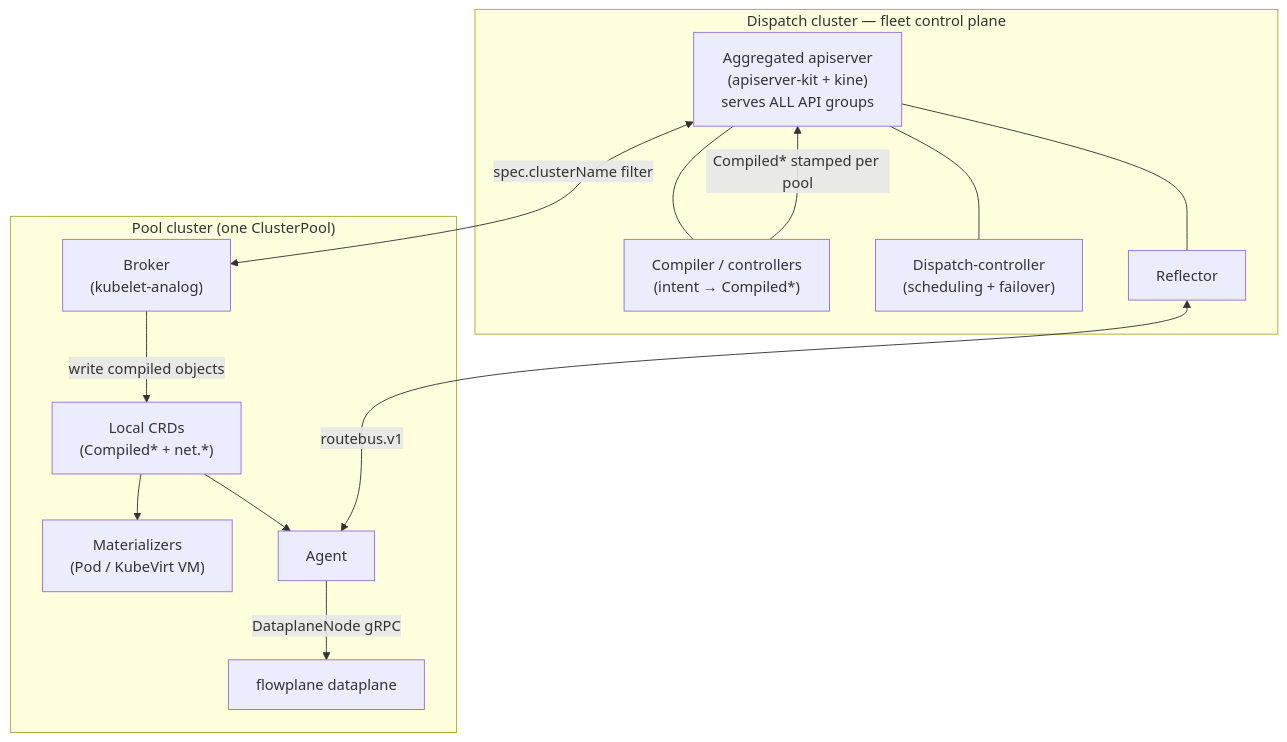
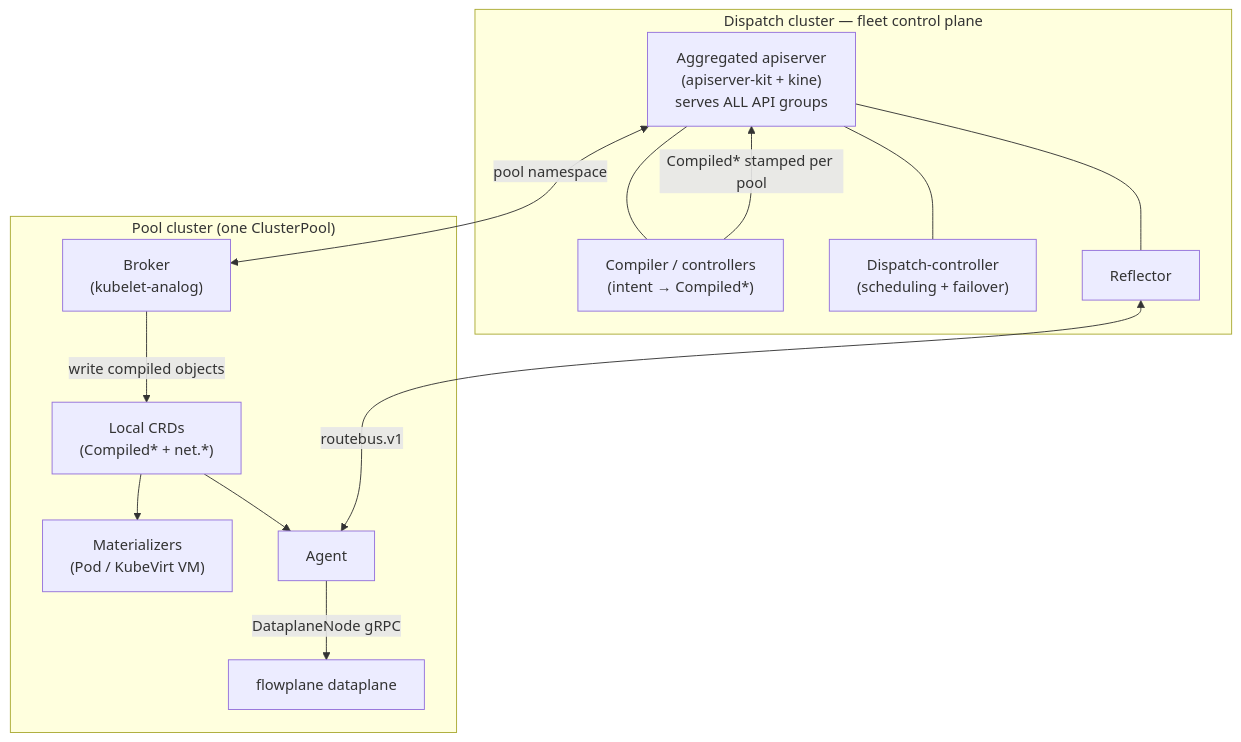
The diagram in docs/concepts/two-planes-and-the-fleet.md (trevex/ectobase), drawn with Mermaid before and after one commit. The commit also changed other lines of this file and 29 other files, not shown here.

````diff
--- a/docs/concepts/two-planes-and-the-fleet.md
+++ b/docs/concepts/two-planes-and-the-fleet.md
@@ -50,28 +50,28 @@
 ```mermaid
 flowchart TB
     subgraph dispatch["Dispatch cluster — fleet control plane"]
         api["Aggregated apiserver<br/>(apiserver-kit + kine)<br/>serves ALL API groups"]
         compiler["Compiler / controllers<br/>(intent → Compiled*)"]
         hubctl["Dispatch-controller<br/>(scheduling + failover)"]
         refl["Reflector"]
         api --- compiler
         api --- hubctl
         api --- refl
     end
 
     subgraph pool["Pool cluster (one ClusterPool)"]
         broker["Broker<br/>(kubelet-analog)"]
         crds["Local CRDs<br/>(Compiled* + net.*)"]
         mat["Materializers<br/>(Pod / KubeVirt VM)"]
         agent["Agent"]
         dp["flowplane dataplane"]
         broker -->|write compiled objects| crds
         crds --> mat
         crds --> agent
         agent -->|DataplaneNode gRPC| dp
     end
 
     compiler -->|Compiled* stamped per pool| api
-    api <-->|spec.clusterName filter| broker
+    api <-->|pool namespace| broker
     refl <-->|routebus.v1| agent
 ```
````
